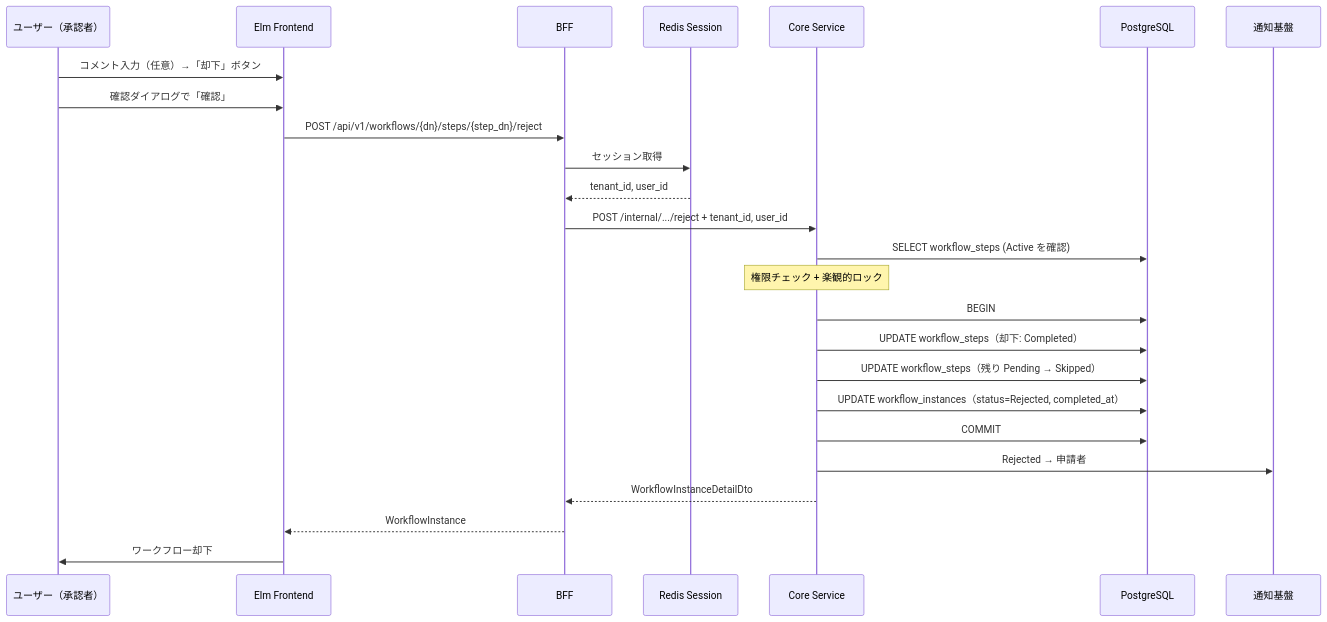
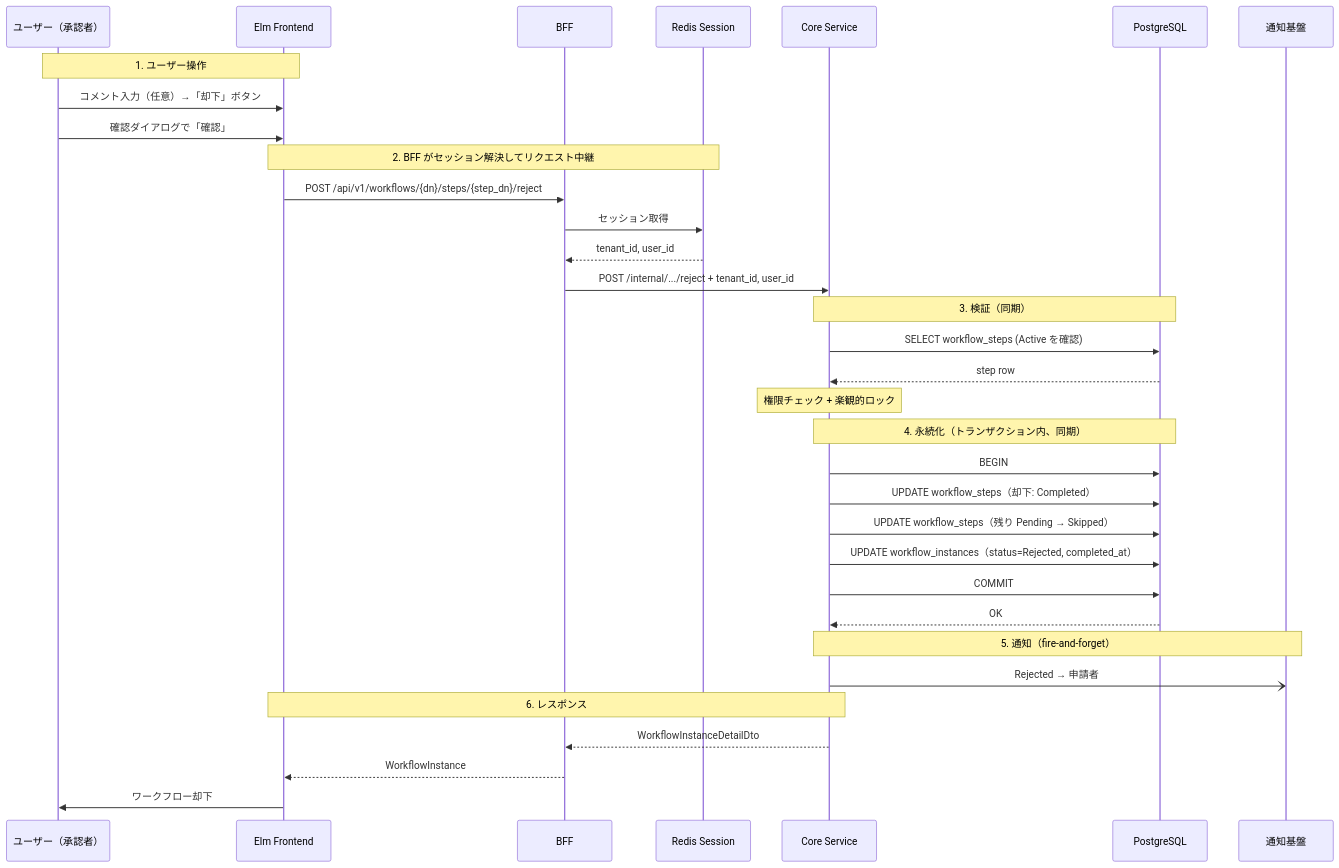
Before and after one commit to ka2kama/ringiflow: the third of 6 diagrams in docs/90_実装解説/ワークフロー/02_承認・却下フロー.md, drawn with Mermaid. The commit also changed other lines of this file and 2 other files, not shown here.

First line of the commit message:
#1128 Add numbered blocks and sync/async distinction to diagrams

````diff
--- a/docs/90_実装解説/ワークフロー/02_承認・却下フロー.md
+++ b/docs/90_実装解説/ワークフロー/02_承認・却下フロー.md
@@ -88,32 +106,41 @@
 ```mermaid
 sequenceDiagram
     participant U as ユーザー（承認者）
     participant Elm as Elm Frontend
     participant BFF as BFF
     participant Redis as Redis Session
     participant Core as Core Service
     participant DB as PostgreSQL
     participant Notify as 通知基盤
 
+    Note over U, Elm: 1. ユーザー操作
     U->>Elm: コメント入力（任意）→「却下」ボタン
     U->>Elm: 確認ダイアログで「確認」
 
+    Note over Elm, Redis: 2. BFF がセッション解決してリクエスト中継
     Elm->>BFF: POST /api/v1/workflows/{dn}/steps/{step_dn}/reject
     BFF->>Redis: セッション取得
     Redis-->>BFF: tenant_id, user_id
     BFF->>Core: POST /internal/.../reject + tenant_id, user_id
 
+    Note over Core, DB: 3. 検証（同期）
     Core->>DB: SELECT workflow_steps (Active を確認)
+    DB-->>Core: step row
     Note over Core: 権限チェック + 楽観的ロック
 
+    Note over Core, DB: 4. 永続化（トランザクション内、同期）
     Core->>DB: BEGIN
     Core->>DB: UPDATE workflow_steps（却下: Completed）
     Core->>DB: UPDATE workflow_steps（残り Pending → Skipped）
     Core->>DB: UPDATE workflow_instances（status=Rejected, completed_at）
     Core->>DB: COMMIT
+    DB-->>Core: OK
 
-    Core->>Notify: Rejected → 申請者
+    Note over Core, Notify: 5. 通知（fire-and-forget）
+    Core-)Notify: Rejected → 申請者
+
+    Note over Core, Elm: 6. レスポンス
     Core-->>BFF: WorkflowInstanceDetailDto
     BFF-->>Elm: WorkflowInstance
     Elm->>U: ワークフロー却下
 ```
````
